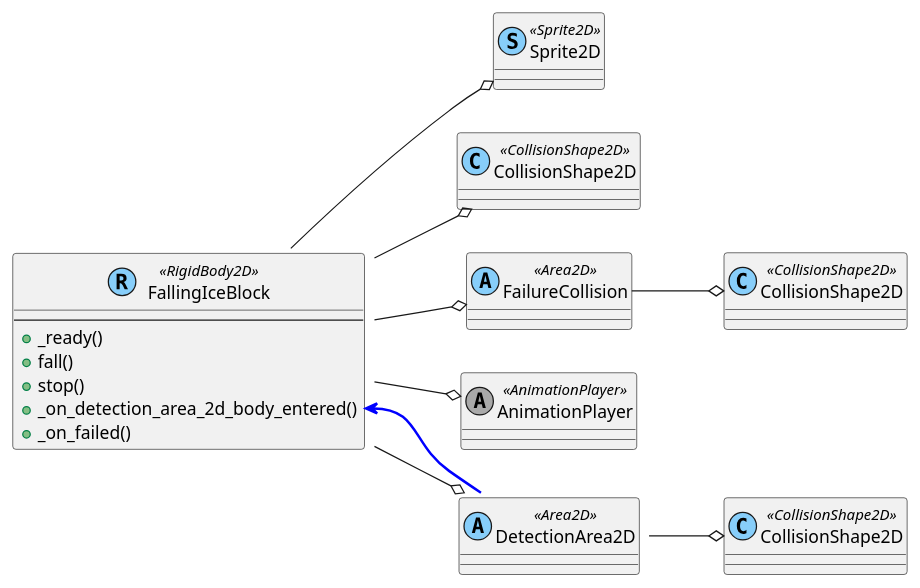
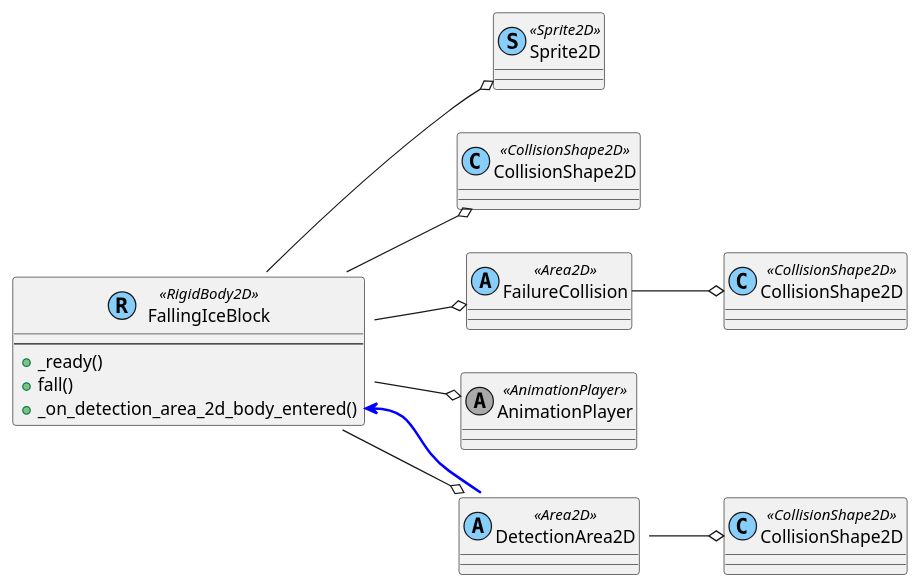
The diagram in content/scenes/src/stages/gimmicks/falling_ice_block/falling_ice_block.tscn.adoc (tkmfujise/Platformer-Game-Learning), drawn with PlantUML before and after one commit. The commit also changed other lines of this file and 132 other files, not shown here.

```diff
--- a/content/scenes/src/stages/gimmicks/falling_ice_block/falling_ice_block.tscn.adoc
+++ b/content/scenes/src/stages/gimmicks/falling_ice_block/falling_ice_block.tscn.adoc
@@ -9,34 +9,32 @@
 [plantuml]
 ....
 class ROOT as "FallingIceBlock" <<(R,lightskyblue) RigidBody2D>> {
 ---
   + _ready()
   + fall()
-  + stop()
   + _on_detection_area_2d_body_entered()
-  + _on_failed()
 }
 class Sprite2D as "Sprite2D" <<(S,lightskyblue) Sprite2D>> {
 }
 class CollisionShape2D as "CollisionShape2D" <<(C,lightskyblue) CollisionShape2D>> {
 }
 class FailureCollision as "FailureCollision" <<(A,lightskyblue) Area2D>> {
 }
 class FailureCollision_CollisionShape2D as "CollisionShape2D" <<(C,lightskyblue) CollisionShape2D>> {
 }
 class DetectionArea2D as "DetectionArea2D" <<(A,lightskyblue) Area2D>> {
 }
 class DetectionArea2D_CollisionShape2D as "CollisionShape2D" <<(C,lightskyblue) CollisionShape2D>> {
 }
 class AnimationPlayer as "AnimationPlayer" <<(A,darkgray) AnimationPlayer>> {
 }
 ROOT --o Sprite2D
 ROOT --o CollisionShape2D
 ROOT --o FailureCollision
 ROOT --o DetectionArea2D
 ROOT --o AnimationPlayer
 FailureCollision --o FailureCollision_CollisionShape2D
 DetectionArea2D --o DetectionArea2D_CollisionShape2D
 left to right direction
 ROOT::_on_detection_area_2d_body_entered <-[#blue,thickness=2]- DetectionArea2D::body_entered
 ....
```
